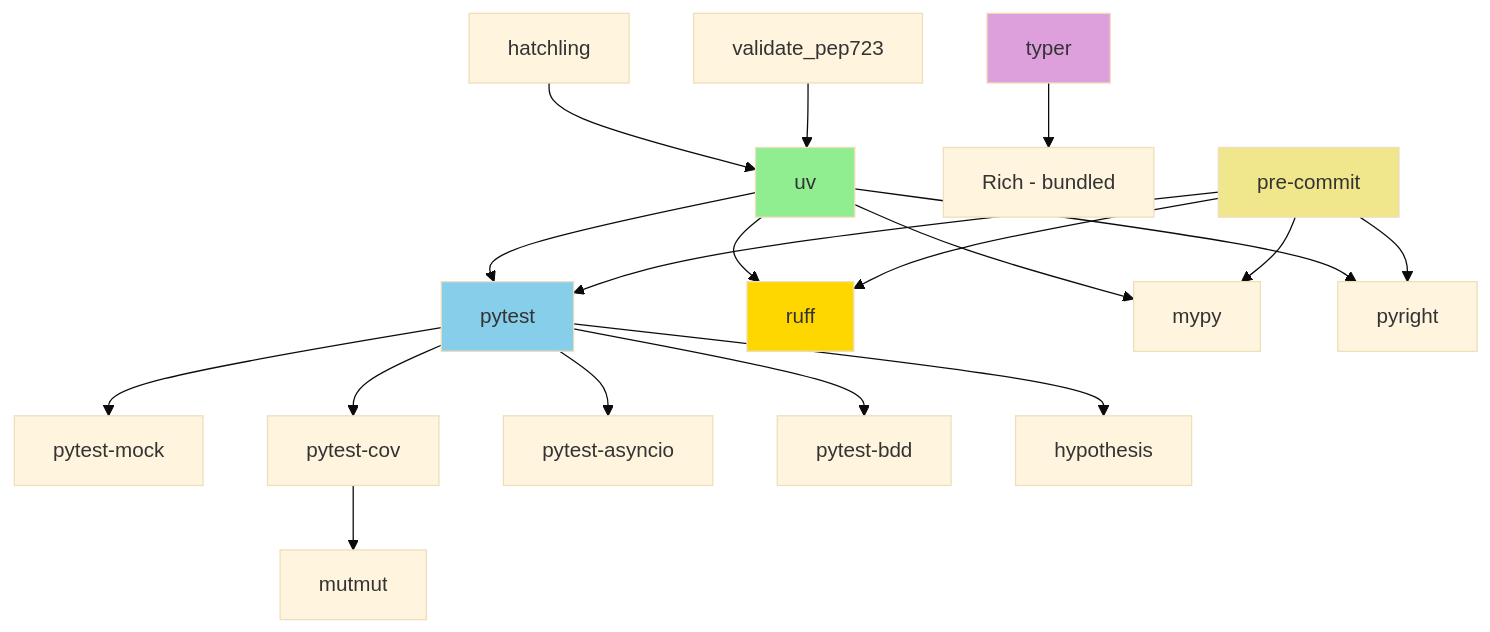
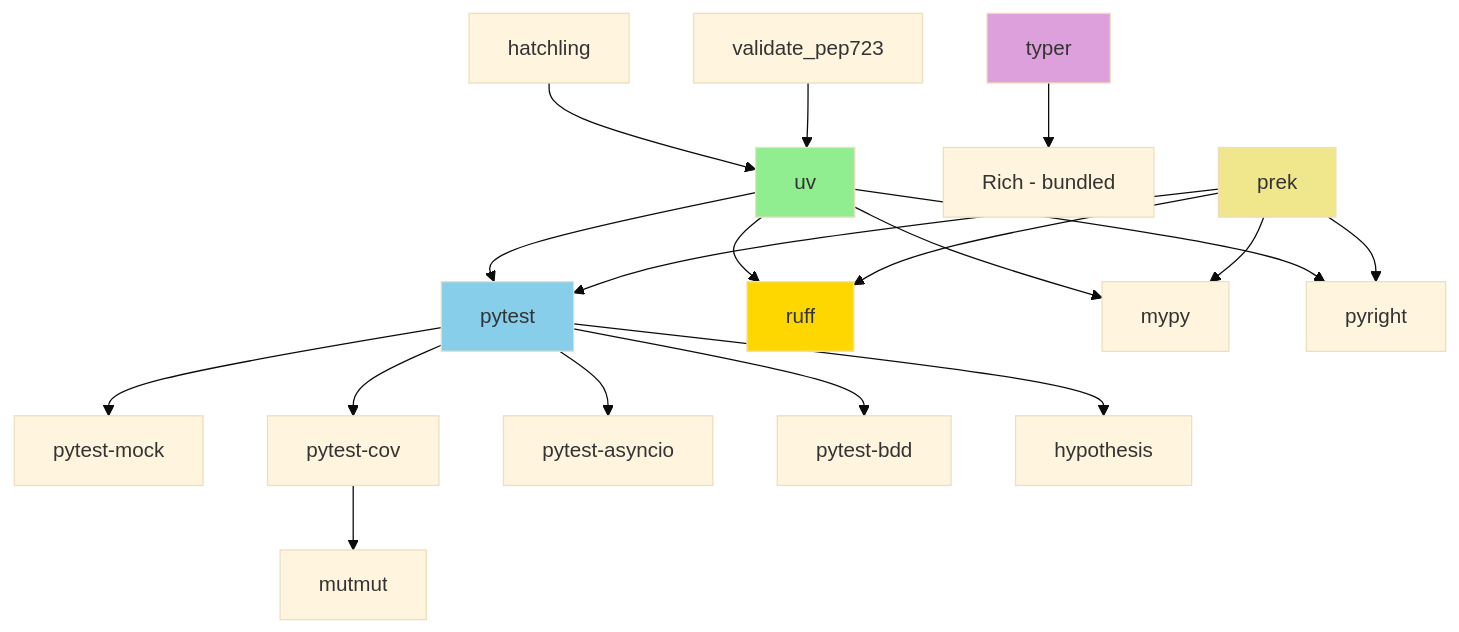
Before and after one commit to Jamie-BitFlight/claude_skills: the diagram in plugins/python-engineering/skills/python3-core/references/tool-library-registry.md, drawn with Mermaid (base theme). The commit also changed other lines of this file and 27 other files, not shown here.

First line of the commit message:
fix(python-engineering): make pre-commit skill prek-centric, bump prek to 0.5.0 (#3355)

````diff
--- a/plugins/python-engineering/skills/python3-core/references/tool-library-registry.md
+++ b/plugins/python-engineering/skills/python3-core/references/tool-library-registry.md
@@ -3625,32 +3626,32 @@
 ```mermaid
 graph TD
     uv[uv] --> pytest[pytest]
     uv --> ruff[ruff]
     uv --> mypy[mypy]
     uv --> pyright[pyright]
 
     pytest --> pytest-mock[pytest-mock]
     pytest --> pytest-cov[pytest-cov]
     pytest --> pytest-asyncio[pytest-asyncio]
     pytest --> pytest-bdd[pytest-bdd]
     pytest --> hypothesis[hypothesis]
 
     pytest-cov --> mutmut[mutmut]
 
     typer --> rich[Rich - bundled]
 
-    pre-commit --> ruff
-    pre-commit --> mypy
-    pre-commit --> pyright
-    pre-commit --> pytest
+    prek --> ruff
+    prek --> mypy
+    prek --> pyright
+    prek --> pytest
 
     hatchling --> uv
 
     validate_pep723 --> uv
 
     style uv fill:#90EE90
     style pytest fill:#87CEEB
     style ruff fill:#FFD700
     style typer fill:#DDA0DD
-    style pre-commit fill:#F0E68C
+    style prek fill:#F0E68C
 ```
````
